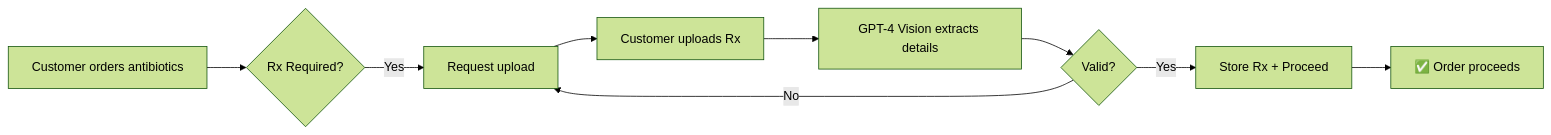
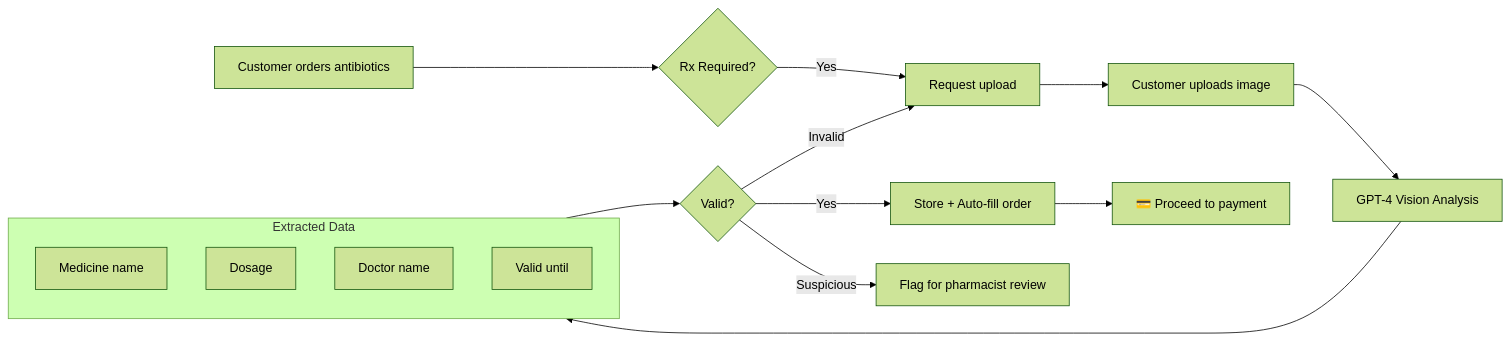
One commit to kartik-shirale/hackfusion-3 changed diagram 13 of 14 in README.md. Above: the diagram before and after it, drawn with Mermaid (forest theme). The commit also changed other lines of this file, not shown here.

````diff
--- a/README.md
+++ b/README.md
@@ -392,11 +509,21 @@
 ```mermaid
 flowchart LR
     A[Customer orders antibiotics] --> B{Rx Required?}
     B -->|Yes| C[Request upload]
-    C --> D[Customer uploads Rx]
-    D --> E[GPT-4 Vision extracts details]
-    E --> F{Valid?}
-    F -->|Yes| G[Store Rx + Proceed]
-    F -->|No| C
-    G --> H[✅ Order proceeds]
+    C --> D[Customer uploads image]
+    D --> E[GPT-4 Vision Analysis]
+    
+    subgraph Extract["Extracted Data"]
+        E1[Medicine name]
+        E2[Dosage]
+        E3[Doctor name]
+        E4[Valid until]
+    end
+    
+    E --> Extract
+    Extract --> F{Valid?}
+    F -->|Yes| G[Store + Auto-fill order]
+    F -->|Suspicious| H[Flag for pharmacist review]
+    F -->|Invalid| C
+    G --> I[💳 Proceed to payment]
 ```
````
